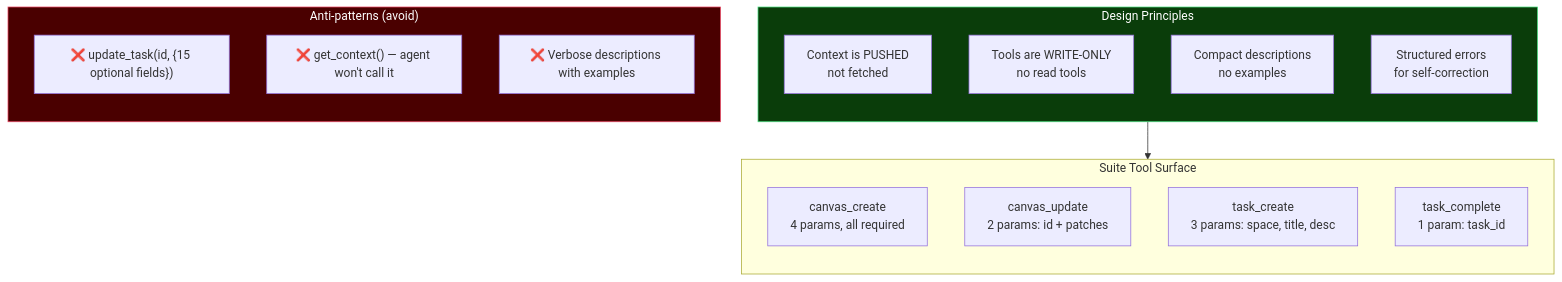
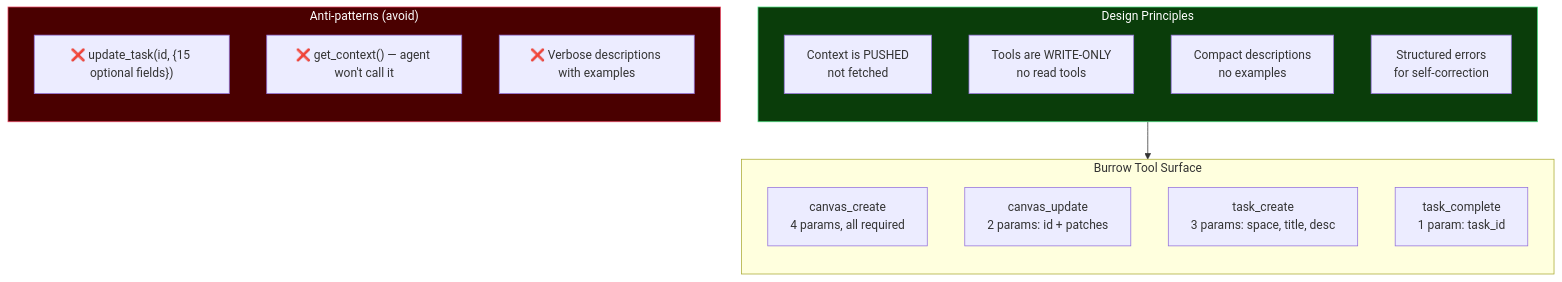
The fourth of 4 diagrams in docs/architecture/federation-overview.md (GetBurrowing/core), drawn with Mermaid before and after one commit. The commit also changed other lines of this file and 359 other files, not shown here.

First line of the commit message:
Burrow rename A2: core user-facing names, docs and app identifiers Suite → Burrow (01a14b9e) (#1268)

````diff
--- a/docs/architecture/federation-overview.md
+++ b/docs/architecture/federation-overview.md
@@ -148,30 +148,30 @@
 ```mermaid
 flowchart TB
     subgraph principle["Design Principles"]
         direction TB
         p1["Context is PUSHED<br>not fetched"]
         p2["Tools are WRITE-ONLY<br>no read tools"]
         p3["Compact descriptions<br>no examples"]
         p4["Structured errors<br>for self-correction"]
     end
 
-    subgraph tools["Suite Tool Surface"]
+    subgraph tools["Burrow Tool Surface"]
         direction TB
         cc["canvas_create<br>4 params, all required"]
         cu["canvas_update<br>2 params: id + patches"]
         tc["task_create<br>3 params: space, title, desc"]
         td["task_complete<br>1 param: task_id"]
     end
 
     subgraph anti["Anti-patterns (avoid)"]
         direction TB
         a1["❌ update_task(id, {15 optional fields})"]
         a2["❌ get_context() — agent won't call it"]
         a3["❌ Verbose descriptions with examples"]
     end
 
     principle --> tools
     
     style anti fill:#4a0000,stroke:#e94560,color:#fff
     style principle fill:#0a3d0a,stroke:#4ade80,color:#fff
 ```
````
